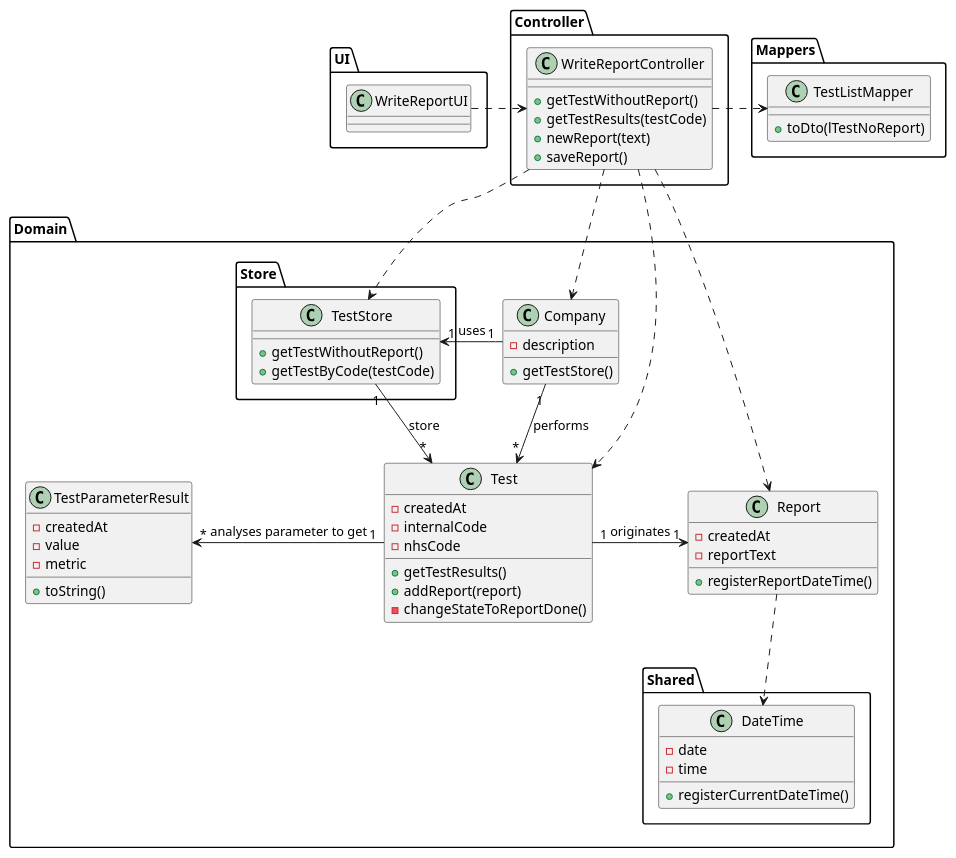
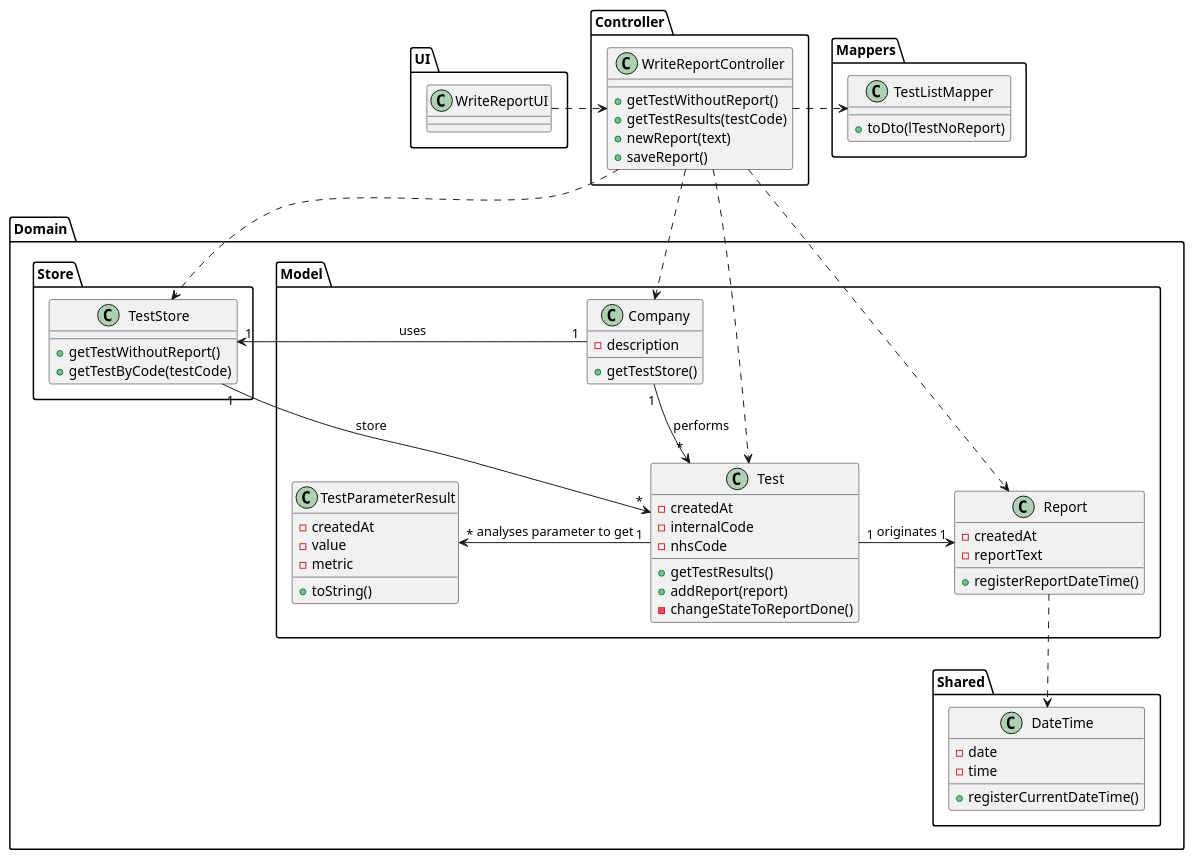
The diagram in docs/SprintC/US14/US14_CD.puml (GuilhermeCunha79/lapr2), drawn with PlantUML before and after one commit. The commit also changed 22 other files, not shown here.

Commit message:
[JavaDoc] Added more javadoc [ESOFT] Small updates to the domain model and glossary [US14] Small improvements to the US14 diagrams

```diff
--- a/docs/SprintC/US14/US14_CD.puml
+++ b/docs/SprintC/US14/US14_CD.puml
@@ -1,77 +1,80 @@
 @startuml
 
 package UI {
 class WriteReportUI {
 }
 }
 
 package Controller {
 class WriteReportController {
     +getTestWithoutReport()
     +getTestResults(testCode)
     +newReport(text)
     +saveReport()
 }
 }
 
 package Domain {
+package Model {
 class Company {
     -description
     +getTestStore()
-}
-package Store {
-class TestStore {
-    +getTestWithoutReport()
-    +getTestByCode(testCode)
-}
 }
 class Test {
     -createdAt
     -internalCode
     -nhsCode
     +getTestResults()
     +addReport(report)
     -changeStateToReportDone()
 }
 
 class TestParameterResult {
     -createdAt
     -value
     -metric
     +toString()
 }
 
 class Report {
     -createdAt
     -reportText
     +registerReportDateTime()
 }
+}
+package Store {
+class TestStore {
+    +getTestWithoutReport()
+    +getTestByCode(testCode)
+}
+}
+
 package Shared {
 class DateTime {
     -date
     -time
     +registerCurrentDateTime()
 }
 }
 }
 
 package Mappers {
 class TestListMapper {
     +toDto(lTestNoReport)
 }
 }
 
 WriteReportUI .right.> WriteReportController
 WriteReportController ..> Company
 WriteReportController ..> TestStore
 WriteReportController .right.> TestListMapper
 WriteReportController ..> Test
 WriteReportController ..> Report
 Company"1" --> "*"Test : "performs"
 Company"1" -left-> "1"TestStore : "uses"
 TestStore"1" --> "*"Test : "store"
 Test"1" -left-> "1"Report : "originates"
 Test"1" -left-> "*"TestParameterResult : "analyses parameter to get"
 Report ..> DateTime
 
 @enduml
```
